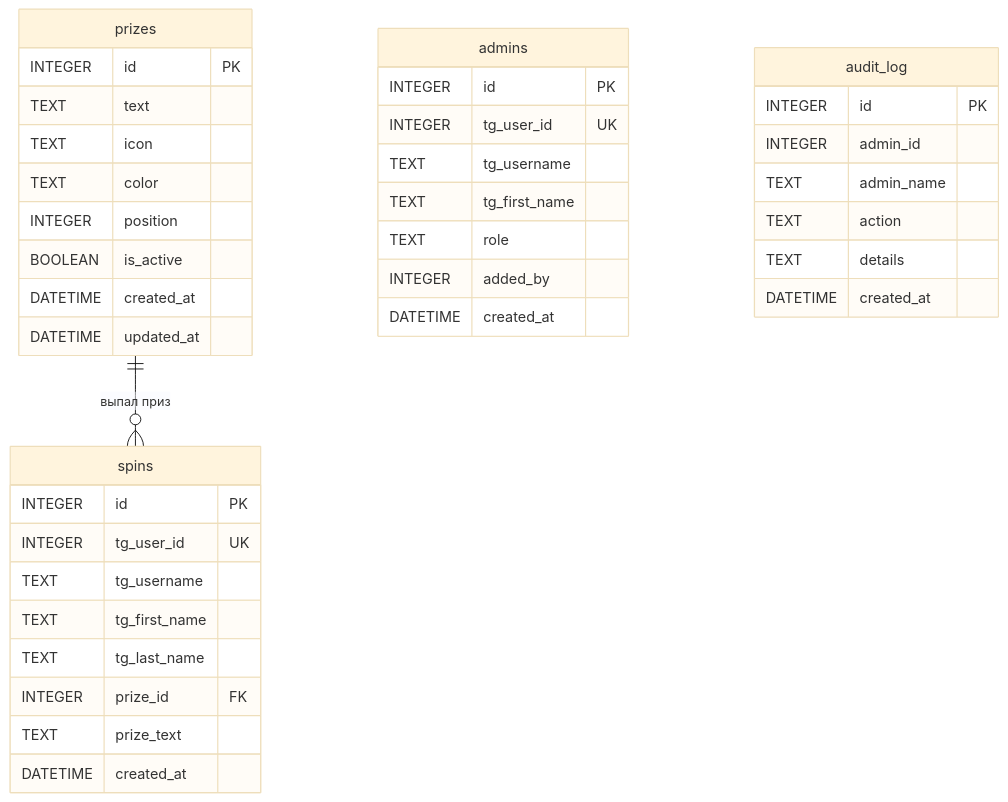
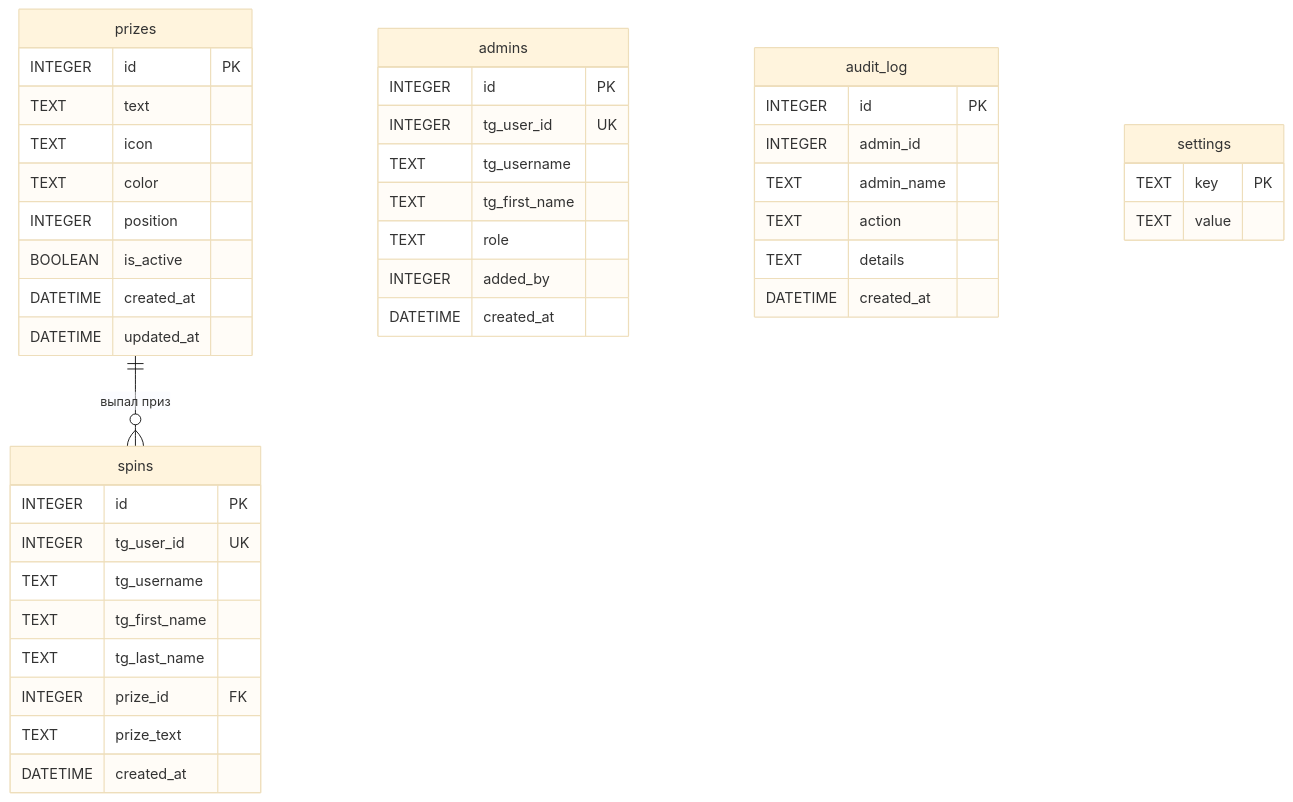
One commit to wobujidao/fortune-wheel changed the second of 2 diagrams in README.md. Above: the diagram before and after it, drawn with Mermaid (base theme). The commit also changed other lines of this file and 6 other files, not shown here.

````diff
--- a/README.md
+++ b/README.md
@@ -283,45 +289,50 @@
 ```mermaid
 erDiagram
     prizes {
         INTEGER id PK
         TEXT text
         TEXT icon
         TEXT color
         INTEGER position
         BOOLEAN is_active
         DATETIME created_at
         DATETIME updated_at
     }
 
     spins {
         INTEGER id PK
         INTEGER tg_user_id UK
         TEXT tg_username
         TEXT tg_first_name
         TEXT tg_last_name
         INTEGER prize_id FK
         TEXT prize_text
         DATETIME created_at
     }
 
     admins {
         INTEGER id PK
         INTEGER tg_user_id UK
         TEXT tg_username
         TEXT tg_first_name
         TEXT role
         INTEGER added_by
         DATETIME created_at
     }
 
     audit_log {
         INTEGER id PK
         INTEGER admin_id
         TEXT admin_name
         TEXT action
         TEXT details
         DATETIME created_at
     }
 
+    settings {
+        TEXT key PK
+        TEXT value
+    }
+
     prizes ||--o{ spins : "выпал приз"
 ```
````
